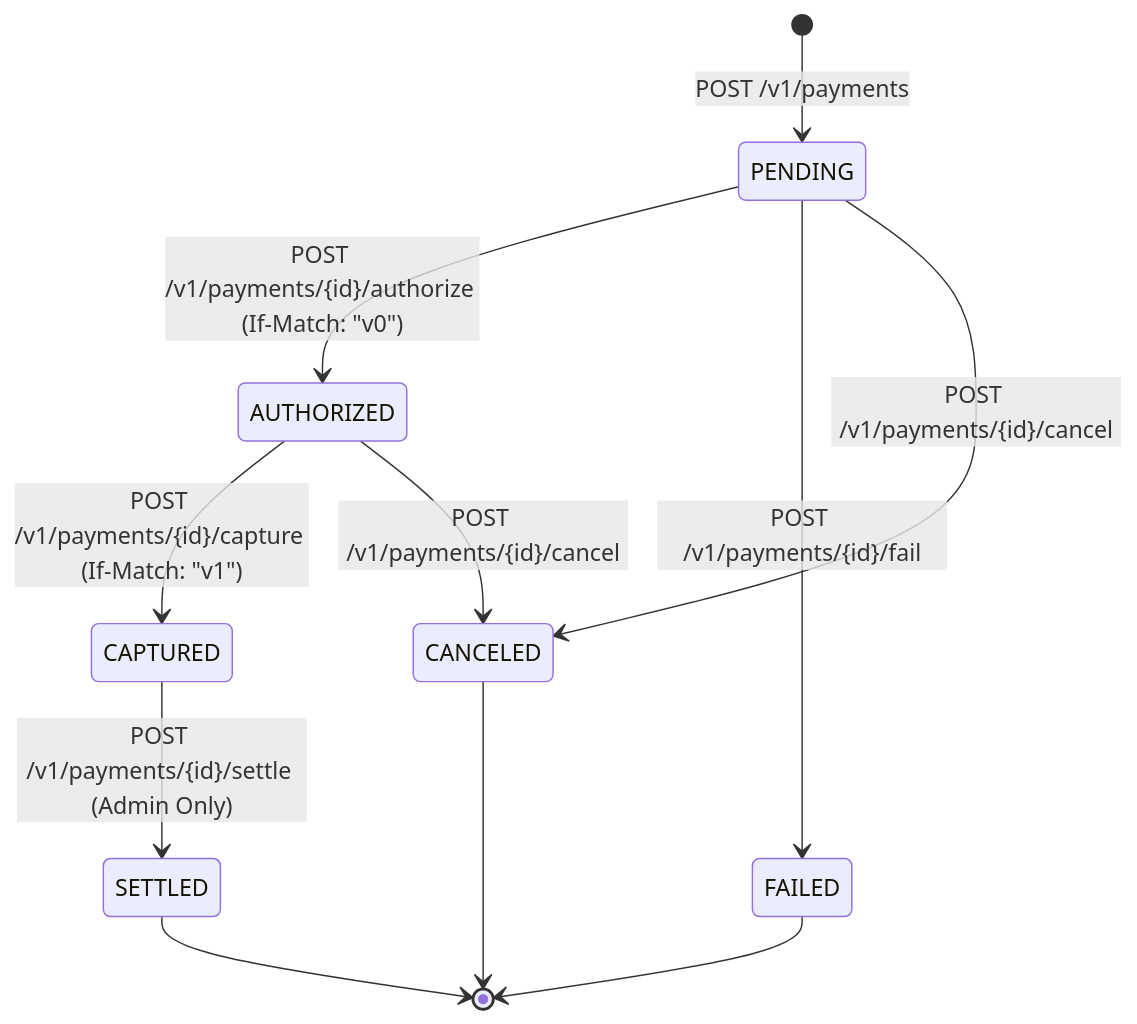
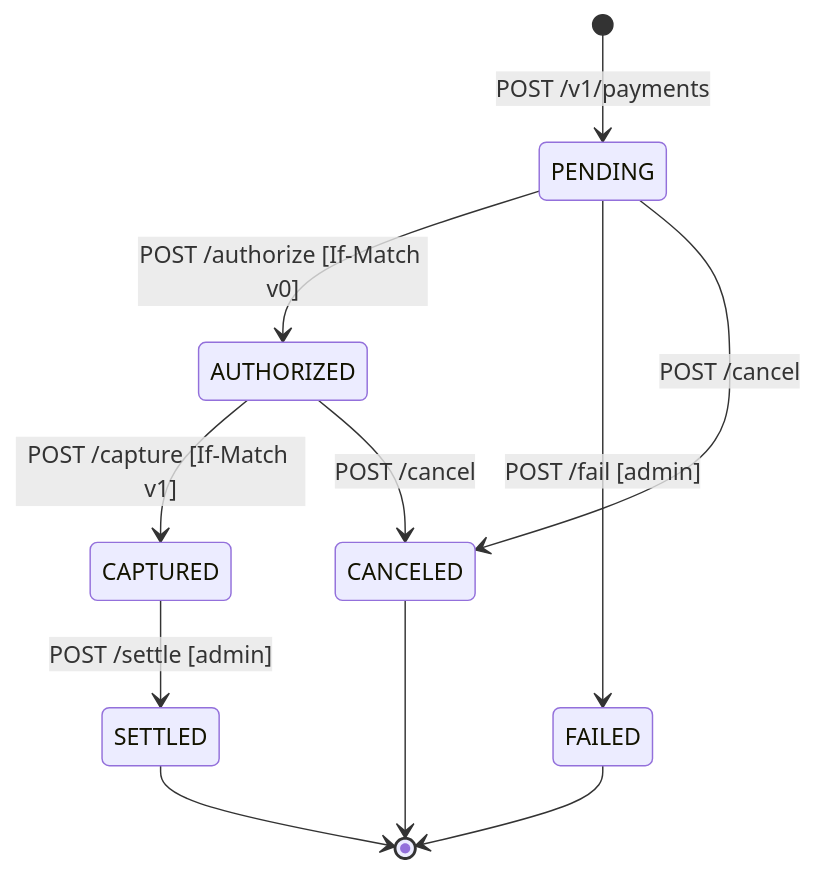
The fourth of 4 diagrams in README.md (Bettonix/payments-api), drawn with Mermaid before and after one commit. The commit also changed other lines of this file and 4 other files, not shown here.

Commit message:
fix: configure prometheus scraping in lgtm, align dashboard metric queries, and fix mermaid diagrams in readme

````diff
--- a/README.md
+++ b/README.md
@@ -169,13 +167,13 @@
 ```mermaid
 stateDiagram-v2
     [*] --> PENDING: POST /v1/payments
-    PENDING --> AUTHORIZED: POST /v1/payments/{id}/authorize (If-Match: "v0")
-    PENDING --> FAILED: POST /v1/payments/{id}/fail
-    PENDING --> CANCELED: POST /v1/payments/{id}/cancel
-    AUTHORIZED --> CAPTURED: POST /v1/payments/{id}/capture (If-Match: "v1")
-    AUTHORIZED --> CANCELED: POST /v1/payments/{id}/cancel
-    CAPTURED --> SETTLED: POST /v1/payments/{id}/settle (Admin Only)
+    PENDING --> AUTHORIZED: POST /authorize [If-Match v0]
+    PENDING --> FAILED: POST /fail [admin]
+    PENDING --> CANCELED: POST /cancel
+    AUTHORIZED --> CAPTURED: POST /capture [If-Match v1]
+    AUTHORIZED --> CANCELED: POST /cancel
+    CAPTURED --> SETTLED: POST /settle [admin]
     SETTLED --> [*]
     FAILED --> [*]
     CANCELED --> [*]
 ```
````
